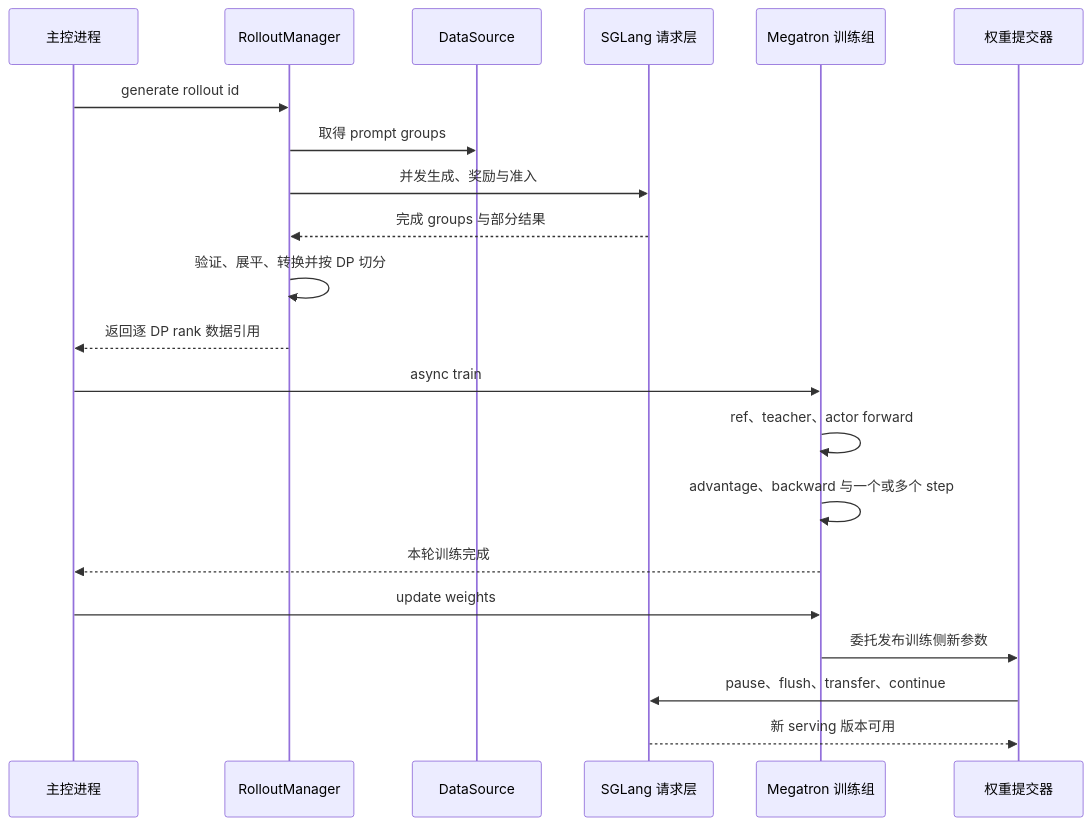
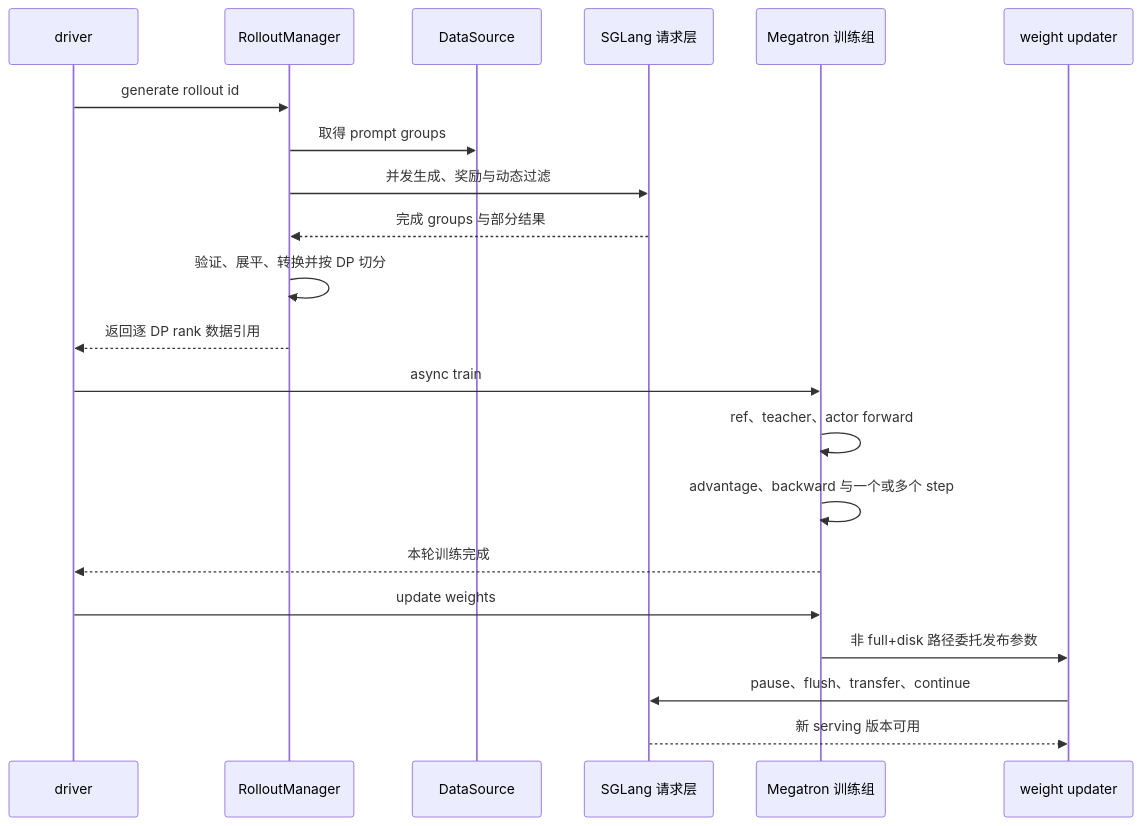
Before and after one commit to suhaibo666/llm-knowledge: the second of 3 diagrams in wiki/02_engineering/04_posttrain_frameworks/slime/10_slime_end_to_end_iteration_analysis.md, drawn with Mermaid. The commit also changed other lines of this file and 27 other files, not shown here.

````diff
--- a/wiki/02_engineering/04_posttrain_frameworks/slime/10_slime_end_to_end_iteration_analysis.md
+++ b/wiki/02_engineering/04_posttrain_frameworks/slime/10_slime_end_to_end_iteration_analysis.md
@@ -110,23 +110,23 @@
 ```mermaid
 sequenceDiagram
-    participant D as 主控进程
+    participant D as driver
     participant RM as RolloutManager
     participant DS as DataSource
     participant SG as SGLang 请求层
     participant TG as Megatron 训练组
-    participant WU as 权重提交器
+    participant WU as weight updater
     D->>RM: generate rollout id
     RM->>DS: 取得 prompt groups
-    RM->>SG: 并发生成、奖励与准入
+    RM->>SG: 并发生成、奖励与动态过滤
     SG-->>RM: 完成 groups 与部分结果
     RM->>RM: 验证、展平、转换并按 DP 切分
     RM-->>D: 返回逐 DP rank 数据引用
     D->>TG: async train
     TG->>TG: ref、teacher、actor forward
     TG->>TG: advantage、backward 与一个或多个 step
     TG-->>D: 本轮训练完成
     D->>TG: update weights
-    TG->>WU: 委托发布训练侧新参数
+    TG->>WU: 非 full+disk 路径委托发布参数
     WU->>SG: pause、flush、transfer、continue
     SG-->>WU: 新 serving 版本可用
 ```
````
